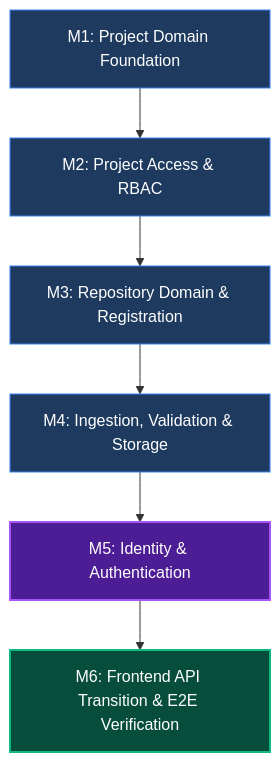
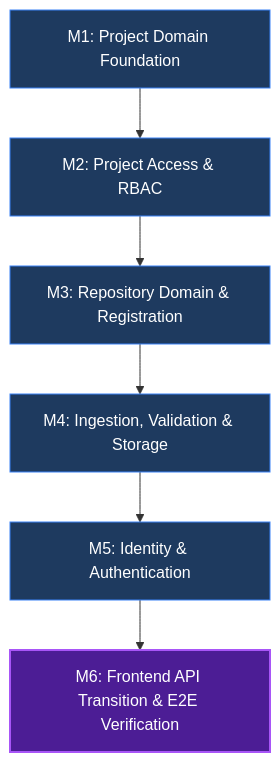
One commit to pr0xiuss/StackSense changed the diagram in PROJECT_CONTEXT.md. Above: the diagram before and after it, drawn with Mermaid. The commit also changed other lines of this file and 23 other files, not shown here.

````diff
--- a/PROJECT_CONTEXT.md
+++ b/PROJECT_CONTEXT.md
@@ -70,15 +70,15 @@
 ```mermaid
 graph TD
     M1[M1: Project Domain Foundation] --> M2[M2: Project Access & RBAC]
     M2 --> M3[M3: Repository Domain & Registration]
     M3 --> M4[M4: Ingestion, Validation & Storage]
     M4 --> M5[M5: Identity & Authentication]
     M5 --> M6[M6: Frontend API Transition & E2E Verification]
 
     style M1 fill:#1e3a5f,stroke:#3b82f6,color:#fff
     style M2 fill:#1e3a5f,stroke:#3b82f6,color:#fff
     style M3 fill:#1e3a5f,stroke:#3b82f6,color:#fff
     style M4 fill:#1e3a5f,stroke:#3b82f6,color:#fff
-    style M5 fill:#4c1d95,stroke:#a855f7,color:#fff,stroke-width:2px
-    style M6 fill:#064e3b,stroke:#10b981,color:#fff,stroke-width:2px
+    style M5 fill:#1e3a5f,stroke:#3b82f6,color:#fff
+    style M6 fill:#4c1d95,stroke:#a855f7,color:#fff,stroke-width:2px
 ```
````
